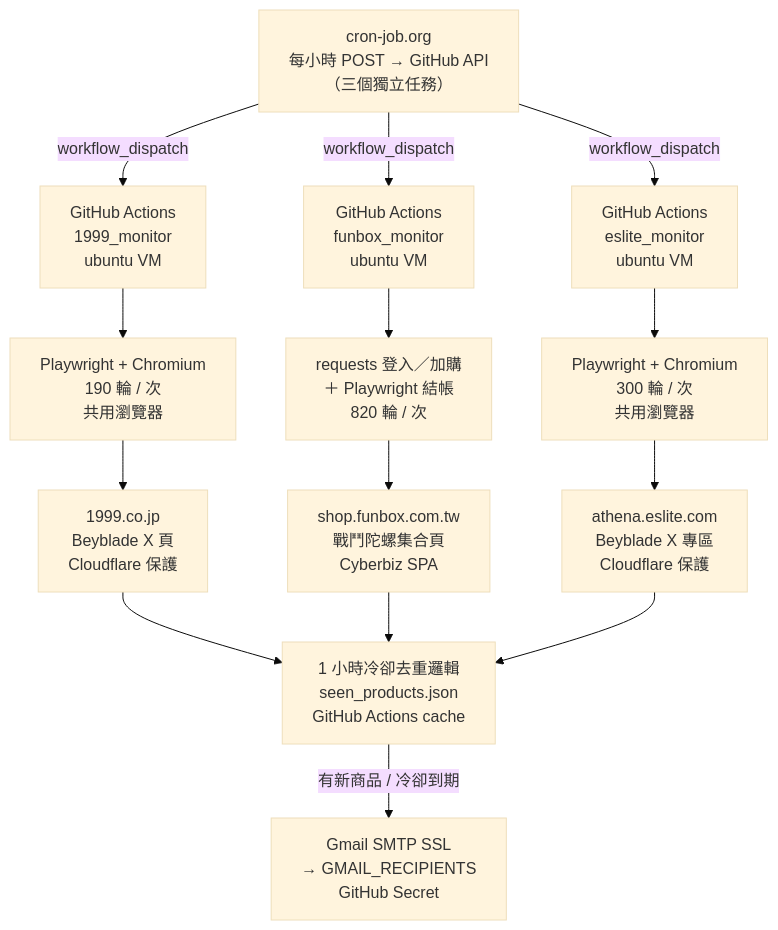
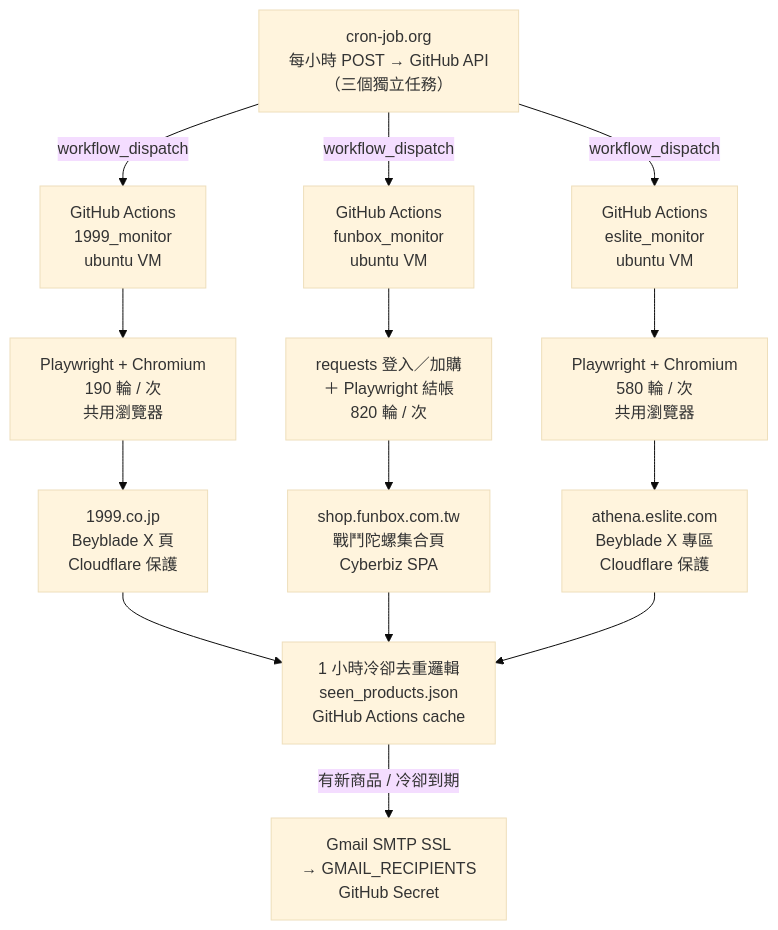
The diagram in README.md (k0341055/beyblade-funbox-monitor), drawn with Mermaid (base theme) before and after one commit. The commit also changed other lines of this file and 1 other file, not shown here.

````diff
--- a/README.md
+++ b/README.md
@@ -9,22 +9,22 @@
 ```mermaid
 flowchart TD
     CRON["cron-job.org\n每小時 POST → GitHub API\n（三個獨立任務）"]
 
     CRON -->|workflow_dispatch| GA1["GitHub Actions\n1999_monitor\nubuntu VM"]
     CRON -->|workflow_dispatch| GA2["GitHub Actions\nfunbox_monitor\nubuntu VM"]
     CRON -->|workflow_dispatch| GA3["GitHub Actions\neslite_monitor\nubuntu VM"]
 
     GA1 --> PW1["Playwright + Chromium\n190 輪 / 次\n共用瀏覽器"]
     GA2 --> REQ["requests 登入／加購\n＋ Playwright 結帳\n820 輪 / 次"]
-    GA3 --> PW3["Playwright + Chromium\n300 輪 / 次\n共用瀏覽器"]
+    GA3 --> PW3["Playwright + Chromium\n580 輪 / 次\n共用瀏覽器"]
 
     PW1 --> SITE1["1999.co.jp\nBeyblade X 頁\nCloudflare 保護"]
     REQ --> SITE2["shop.funbox.com.tw\n戰鬥陀螺集合頁\nCyberbiz SPA"]
     PW3 --> SITE3["athena.eslite.com\nBeyblade X 專區\nCloudflare 保護"]
 
     SITE1 --> COOL["1 小時冷卻去重邏輯\nseen_products.json\nGitHub Actions cache"]
     SITE2 --> COOL
     SITE3 --> COOL
 
     COOL -->|有新商品 / 冷卻到期| MAIL["Gmail SMTP SSL\n→ GMAIL_RECIPIENTS\nGitHub Secret"]
 ```
````
